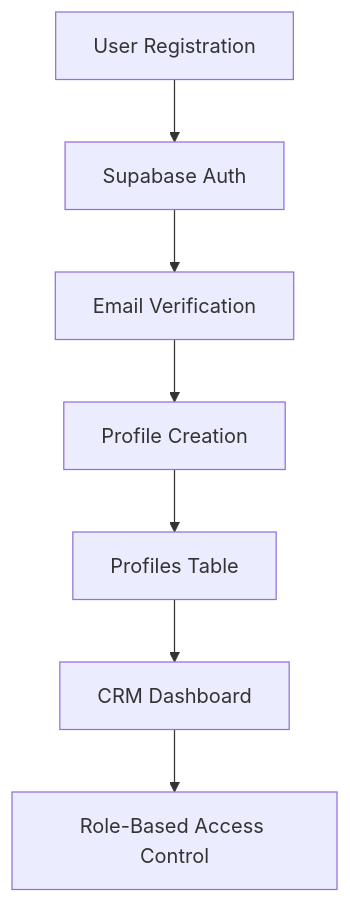
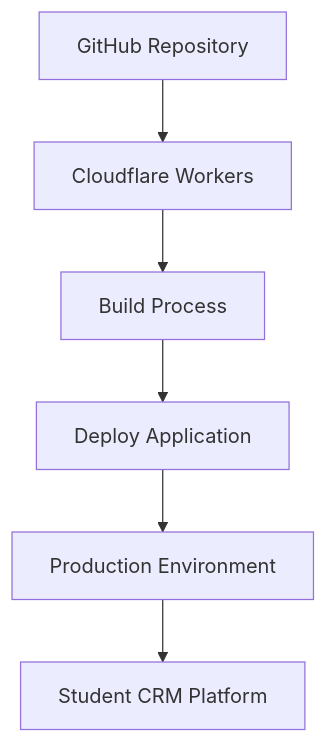
Diagram 24 of 24 in README.md (Holuphilix/student-crm-platform), drawn with Mermaid before and after one commit. The commit also changed other lines of this file and 20 other files, not shown here.

Commit message:
Finalize Student CRM Platform documentation and deployment

````diff
--- a/README.md
+++ b/README.md
@@ -4722,16 +4516,14 @@
 ```mermaid
 graph TD
 
-A[User Registration]
---> B[Supabase Auth]
+A[GitHub Repository]
+--> B[Cloudflare Workers]
 
-B --> C[Email Verification]
+B --> C[Build Process]
 
-C --> D[Profile Creation]
+C --> D[Deploy Application]
 
-D --> E[Profiles Table]
+D --> E[Production Environment]
 
-E --> F[CRM Dashboard]
-
-F --> G[Role-Based Access Control]
+E --> F[Student CRM Platform]
 ```
````
